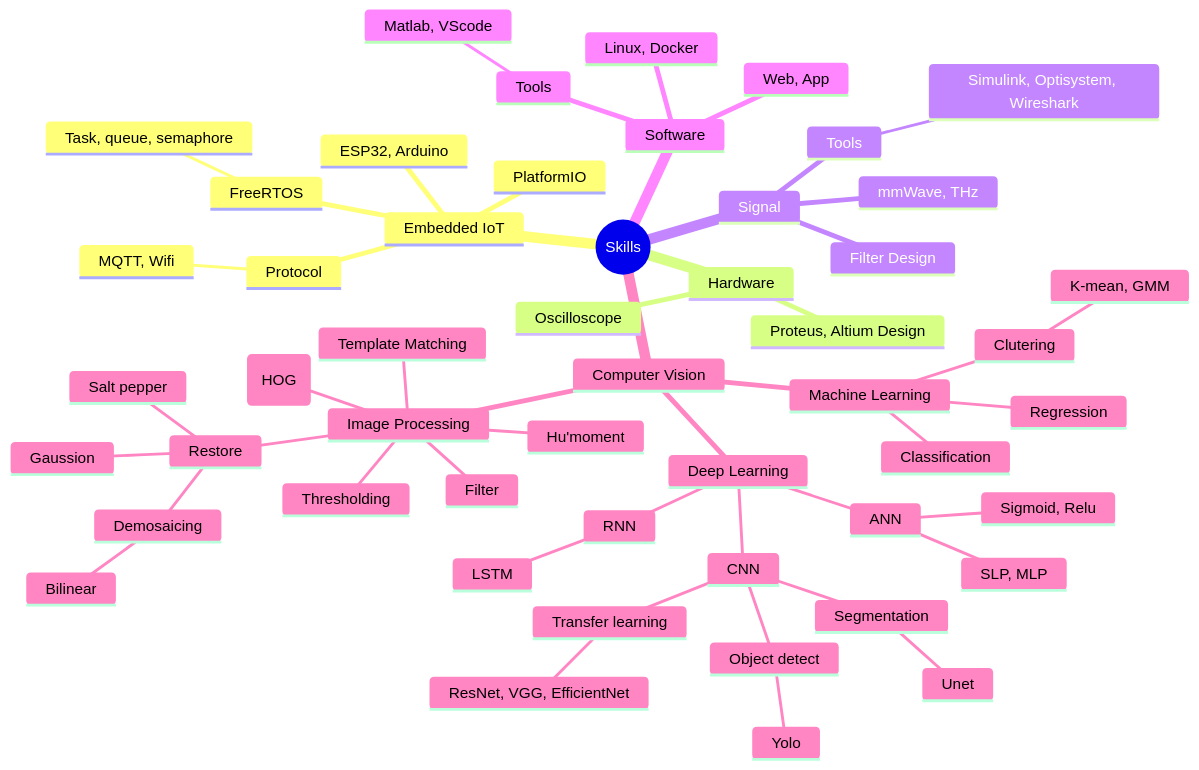
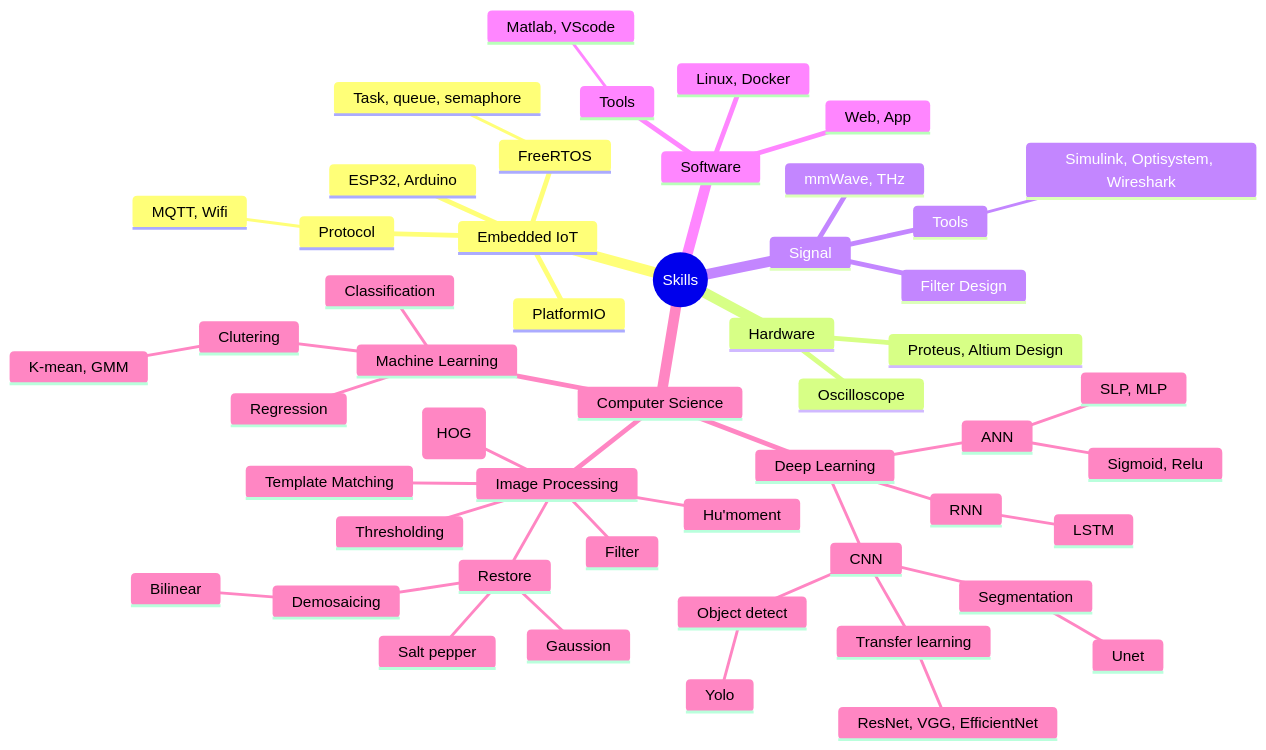
The diagram in README.md (bathanh0309/bathanh0309), drawn with Mermaid before and after one commit.

````diff
--- a/README.md
+++ b/README.md
@@ -140,54 +140,54 @@
 ```mermaid
 mindmap
   root((Skills))
     Embedded IoT
       Protocol
         MQTT, Wifi
       ESP32, Arduino
       FreeRTOS
         Task, queue, semaphore
       PlatformIO
     Hardware
       Proteus, Altium Design
       Oscilloscope
     Signal
       mmWave, THz
       Filter Design
       Tools
         Simulink, Optisystem, Wireshark
     Software
       Tools
         Matlab, VScode
       Linux, Docker
       Web, App
-    Computer Vision
+    Computer Science
       Machine Learning
         Classification
         Regression
         Clutering
           K-mean, GMM
       Deep Learning
         ANN
           SLP, MLP
           Sigmoid, Relu
         CNN
           Segmentation
             Unet
           Object detect
             Yolo
           Transfer learning
             ResNet, VGG, EfficientNet
         RNN
           LSTM
       Image Processing
         Histogram (HOG)
         Hu'moment
         Thresholding
         Template Matching
         Filter
         Restore
           Gaussion
           Salt pepper
           Demosaicing
             Bilinear
 ```
````
